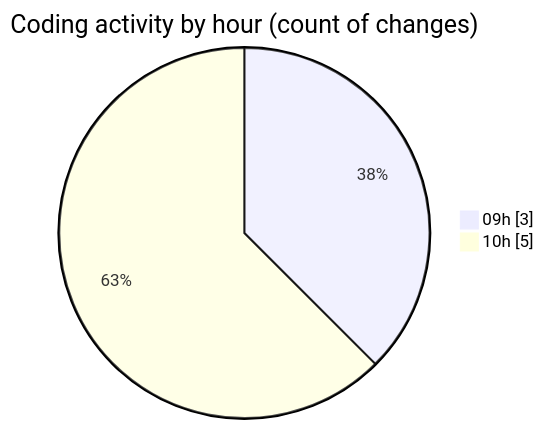
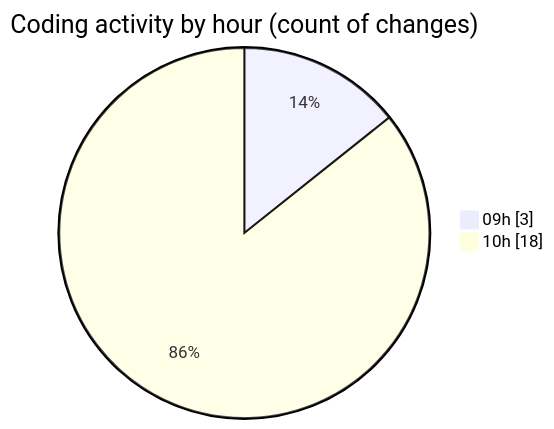
One commit to momahboobian/code-tracking changed the second of 2 diagrams in 2026-02-17/cda/README.md. Above: the diagram before and after it, drawn with Mermaid. The commit also changed other lines of this file and 1 other file, not shown here.

````diff
--- a/2026-02-17/cda/README.md
+++ b/2026-02-17/cda/README.md
@@ -33,6 +38,6 @@
 ```mermaid
 pie showData
 title Coding activity by hour (count of changes)
 "09h" : 3
-"10h" : 5
+"10h" : 18
 ```
````
